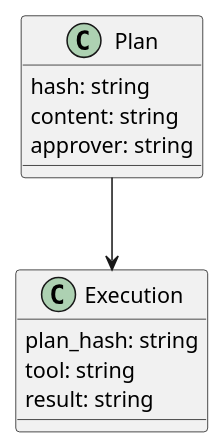
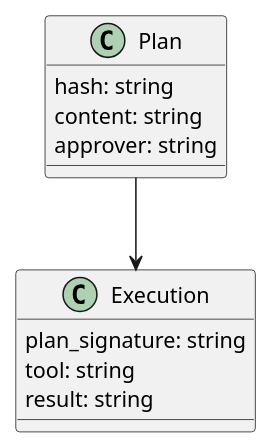
The second of 4 diagrams in docs/diagrams/DIAGRAM_GUIDE.md (dylanmarriner/ATLAS-GATE-MCP), drawn with PlantUML before and after one commit. The commit also changed other lines of this file and 185 other files, not shown here.

````diff
--- a/docs/diagrams/DIAGRAM_GUIDE.md
+++ b/docs/diagrams/DIAGRAM_GUIDE.md
@@ -56,15 +56,15 @@
 ```plantuml
 @startuml
 class Plan {
     hash: string
     content: string
     approver: string
 }
 class Execution {
-    plan_hash: string
+    plan_signature: string
     tool: string
     result: string
 }
 Plan --> Execution
 @enduml
 ```
````
